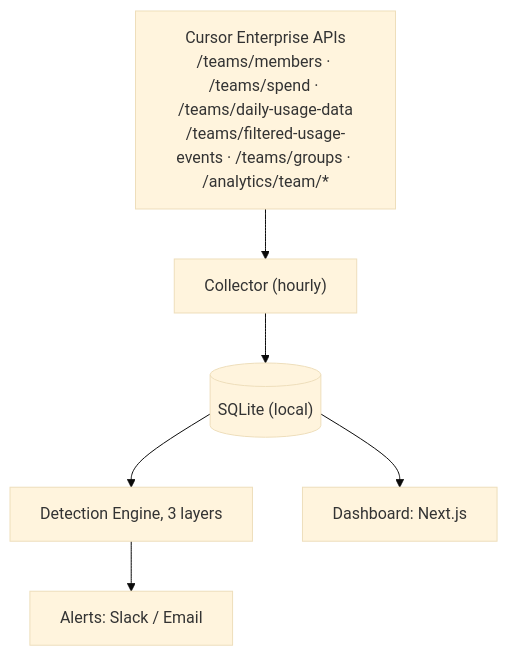
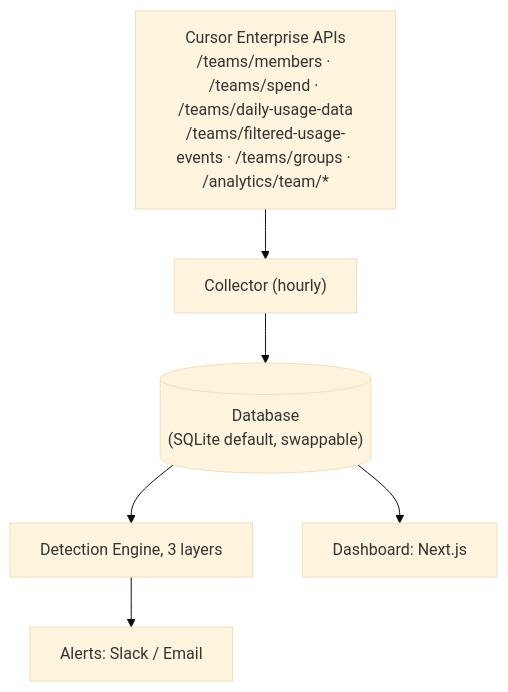
The diagram in README.md (can-wang/cursor-usage-tracker), drawn with Mermaid (base theme) before and after one commit. The commit also changed other lines of this file and 4 other files, not shown here.

````diff
--- a/README.md
+++ b/README.md
@@ -304,13 +306,13 @@
 ```mermaid
 flowchart TB
     APIs["Cursor Enterprise APIs\n/teams/members · /teams/spend · /teams/daily-usage-data\n/teams/filtered-usage-events · /teams/groups · /analytics/team/*"]
     C["Collector (hourly)"]
-    DB[("SQLite (local)")]
+    DB[("Database\n(SQLite default, swappable)")]
     D["Detection Engine, 3 layers"]
     AL["Alerts: Slack / Email"]
     DA["Dashboard: Next.js"]
 
     APIs --> C --> DB --> D
     DB --> DA
     D --> AL
 ```
````
